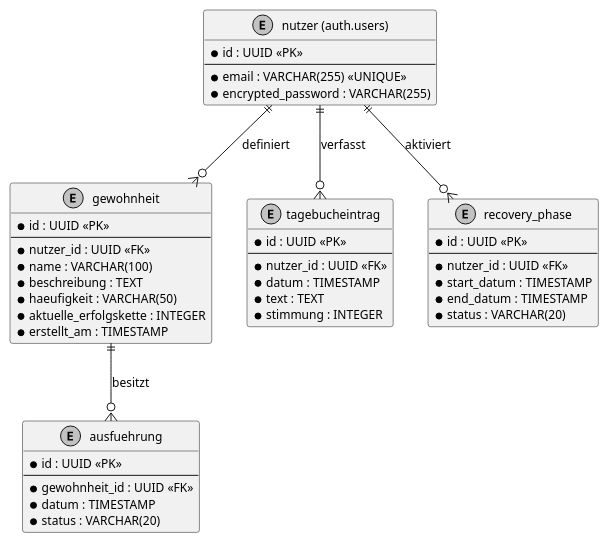
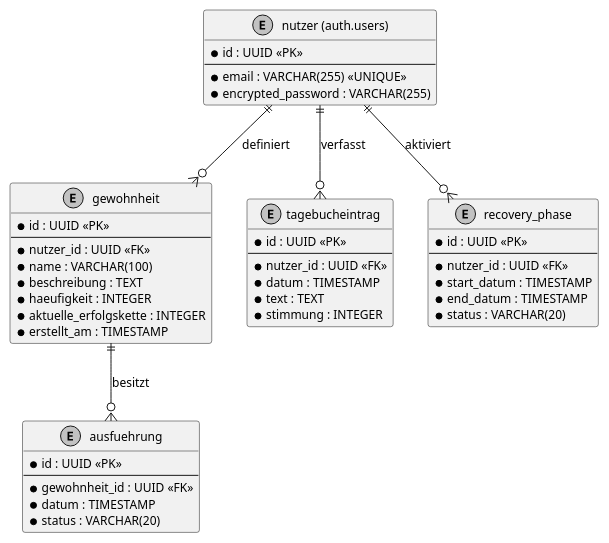
Before and after one commit to stttxxnn/se1-habittracker: the fifth of 5 diagrams in docs/technical/design.adoc, drawn with PlantUML. The commit also changed other lines of this file, not shown here.

Commit message:
Angepasst in design.adoc Datenmodell für Gewohnheit

```diff
--- a/docs/technical/design.adoc
+++ b/docs/technical/design.adoc
@@ -261,57 +261,57 @@
 [plantuml, data-model, svg]
 ....
 @startuml
 skinparam monochrome true
 skinparam defaultFontSize 12
 
 entity "nutzer (auth.users)" as user {
   * id : UUID <<PK>>
   --
   * email : VARCHAR(255) <<UNIQUE>>
   * encrypted_password : VARCHAR(255)
 }
 
 entity "gewohnheit" as habit {
   * id : UUID <<PK>>
   --
   * nutzer_id : UUID <<FK>>
   * name : VARCHAR(100)
   * beschreibung : TEXT
-  * haeufigkeit : VARCHAR(50)
+  * haeufigkeit : INTEGER
   * aktuelle_erfolgskette : INTEGER
   * erstellt_am : TIMESTAMP
 }
 
 entity "ausfuehrung" as execution {
   * id : UUID <<PK>>
   --
   * gewohnheit_id : UUID <<FK>>
   * datum : TIMESTAMP
   * status : VARCHAR(20)
 }
 
 entity "tagebucheintrag" as journal {
   * id : UUID <<PK>>
   --
   * nutzer_id : UUID <<FK>>
   * datum : TIMESTAMP
   * text : TEXT
   * stimmung : INTEGER
 }
 
 entity "recovery_phase" as recovery {
   * id : UUID <<PK>>
   --
   * nutzer_id : UUID <<FK>>
   * start_datum : TIMESTAMP
   * end_datum : TIMESTAMP
   * status : VARCHAR(20)
 }
 
 user ||--o{ habit : "definiert"
 habit ||--o{ execution : "besitzt"
 user ||--o{ journal : "verfasst"
 user ||--o{ recovery : "aktiviert"
 
 @enduml
 ....
```
